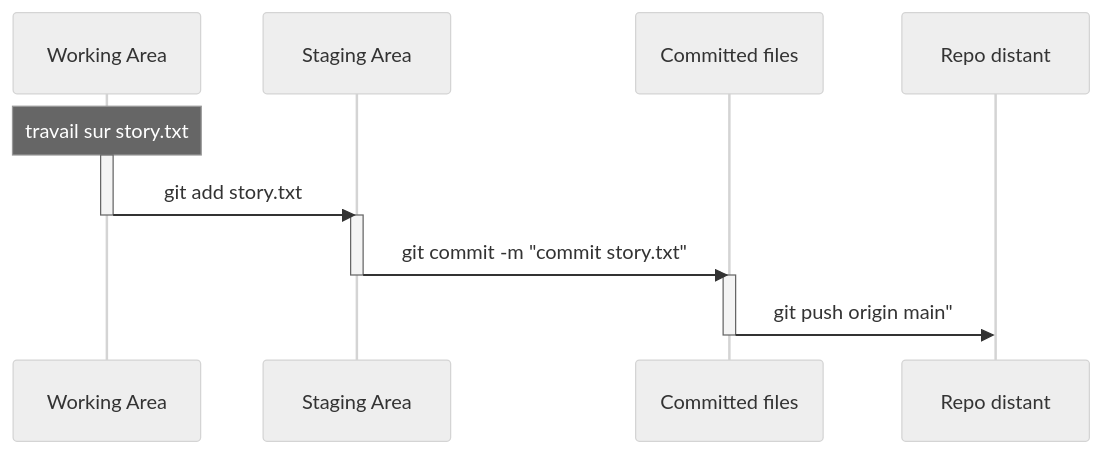
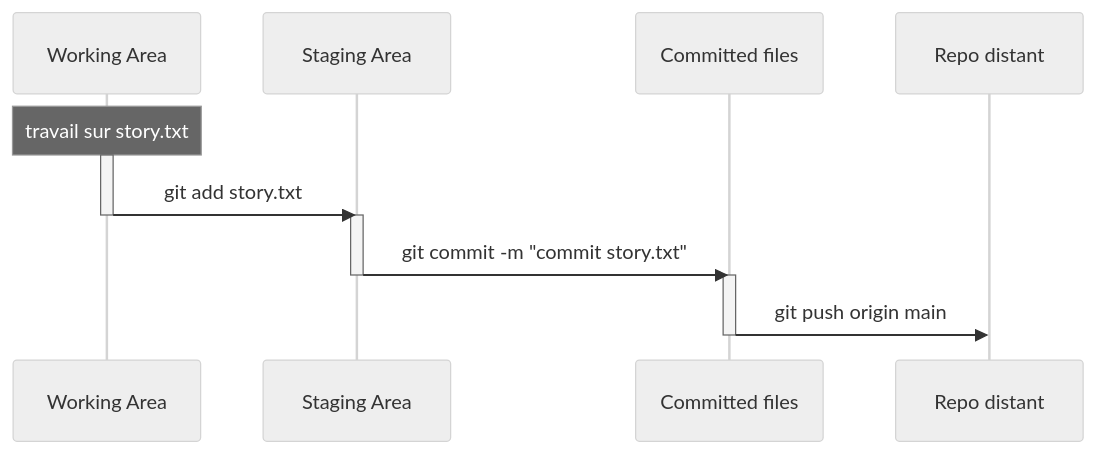
One commit to module-formation/formation-Deep-MLOps changed the ninth of 14 diagrams in docs/devops/git.md. Above: the diagram before and after it, drawn with Mermaid (neutral theme). The commit also changed other lines of this file and 3 other files, not shown here.

````diff
--- a/docs/devops/git.md
+++ b/docs/devops/git.md
@@ -330,20 +332,20 @@
 ```mermaid
 sequenceDiagram
     participant Working Area
     participant Staging Area
     participant Committed files
     participant Repo distant
 
     Note over Working Area: travail sur story.txt
     activate Working Area
     Working Area->>Staging Area: git add story.txt
     deactivate Working Area
 
     activate Staging Area
     Staging Area->>Committed files: git commit -m "commit story.txt"
     deactivate Staging Area
 
     activate Committed files
-    Committed files->>Repo distant: git push origin main"
+    Committed files->>Repo distant: git push origin main
     deactivate Committed files
 ```
````
